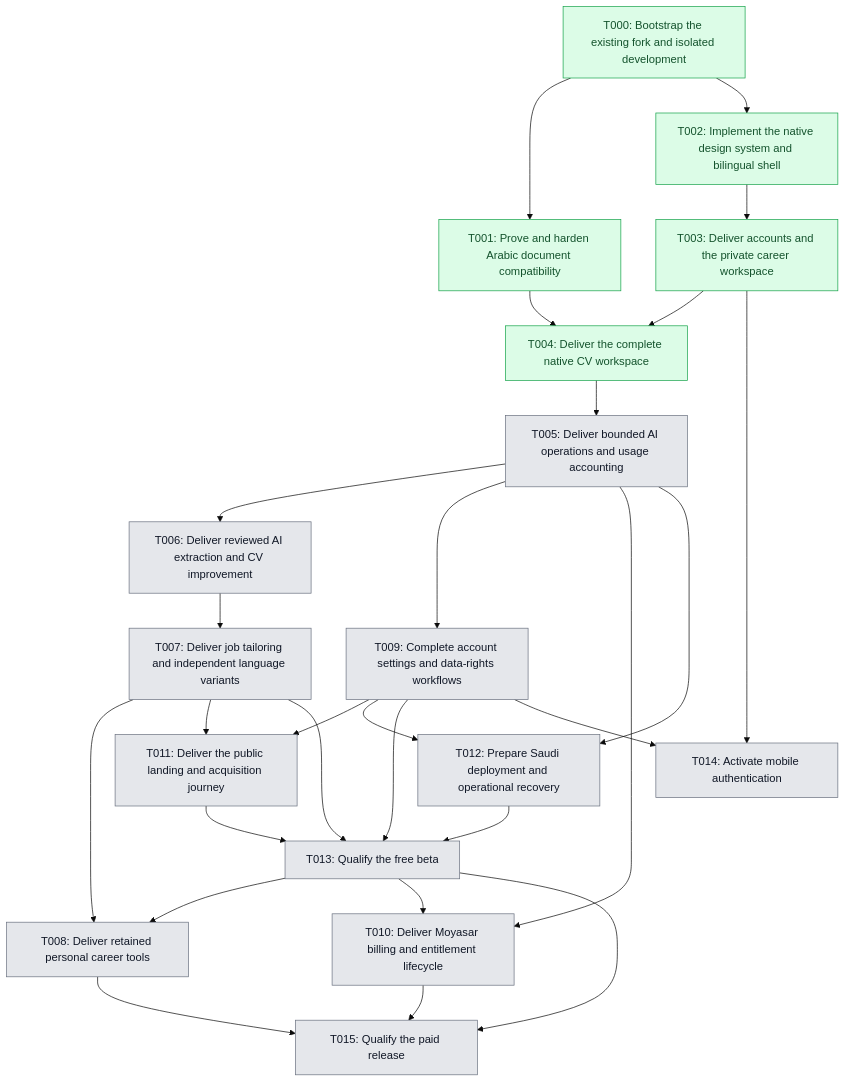
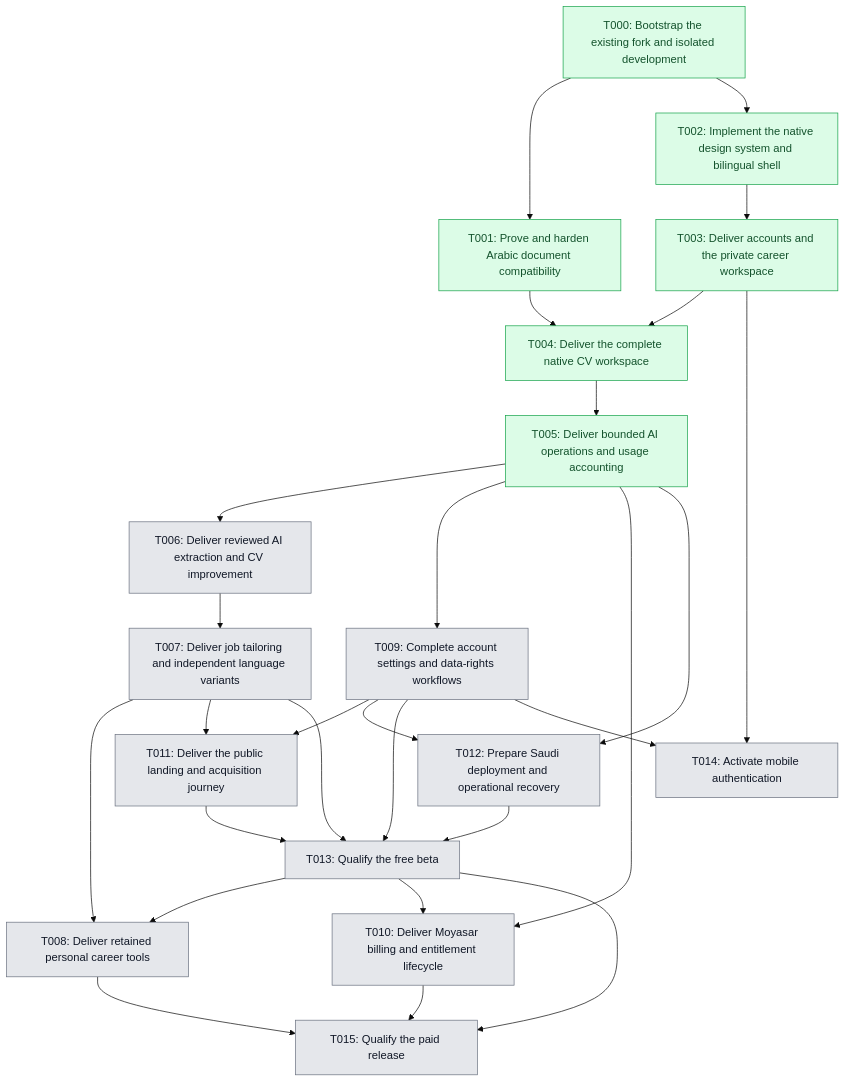
One commit to 0-sayed/master-cv changed the diagram in Planning/roadmap/dependencies.mmd. Above: the diagram before and after it, drawn with Mermaid (base theme). The commit also changed 1 other file, not shown here.

Commit message:
chore(roadmap): mark T005 complete
Claude-Session: https://claude.ai/code/session_01SL1airmv8bya1LvJWScv8u

```diff
--- a/Planning/roadmap/dependencies.mmd
+++ b/Planning/roadmap/dependencies.mmd
@@ -1,49 +1,49 @@
 flowchart TD
     T000["T000: Bootstrap the existing fork and isolated development"]
     T001["T001: Prove and harden Arabic document compatibility"]
     T002["T002: Implement the native design system and bilingual shell"]
     T003["T003: Deliver accounts and the private career workspace"]
     T004["T004: Deliver the complete native CV workspace"]
     T005["T005: Deliver bounded AI operations and usage accounting"]
     T006["T006: Deliver reviewed AI extraction and CV improvement"]
     T007["T007: Deliver job tailoring and independent language variants"]
     T008["T008: Deliver retained personal career tools"]
     T009["T009: Complete account settings and data-rights workflows"]
     T010["T010: Deliver Moyasar billing and entitlement lifecycle"]
     T011["T011: Deliver the public landing and acquisition journey"]
     T012["T012: Prepare Saudi deployment and operational recovery"]
     T013["T013: Qualify the free beta"]
     T014["T014: Activate mobile authentication"]
     T015["T015: Qualify the paid release"]
 
     T000 --> T001
     T000 --> T002
     T002 --> T003
     T001 --> T004
     T003 --> T004
     T004 --> T005
     T005 --> T006
     T006 --> T007
     T007 --> T008
     T013 --> T008
     T005 --> T009
     T005 --> T010
     T013 --> T010
     T007 --> T011
     T009 --> T011
     T005 --> T012
     T009 --> T012
     T007 --> T013
     T009 --> T013
     T011 --> T013
     T012 --> T013
     T003 --> T014
     T009 --> T014
     T008 --> T015
     T010 --> T015
     T013 --> T015
 
     classDef pending fill:#e5e7eb,stroke:#6b7280,color:#111827;
     classDef done fill:#dcfce7,stroke:#16a34a,color:#14532d;
-    class T000,T001,T002,T003,T004 done;
-    class T005,T006,T007,T008,T009,T010,T011,T012,T013,T014,T015 pending;
+    class T000,T001,T002,T003,T004,T005 done;
+    class T006,T007,T008,T009,T010,T011,T012,T013,T014,T015 pending;
```
